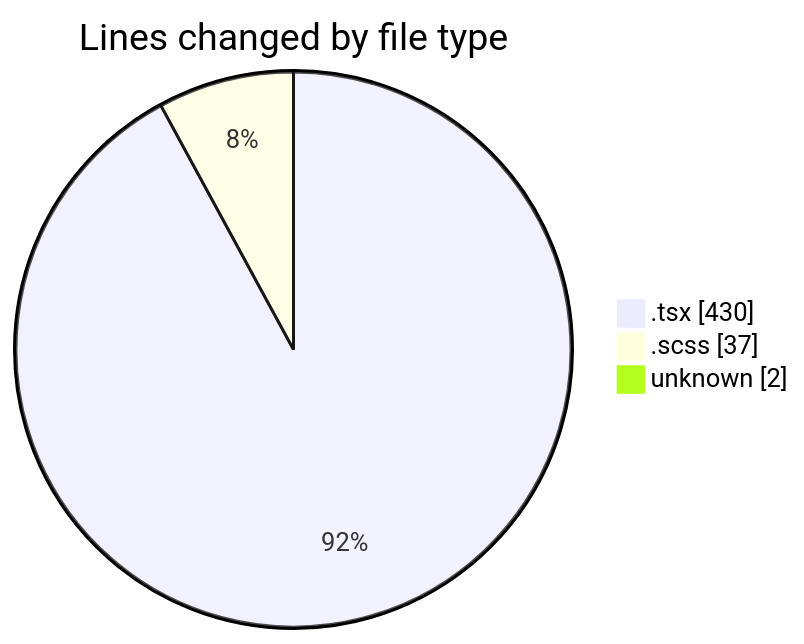
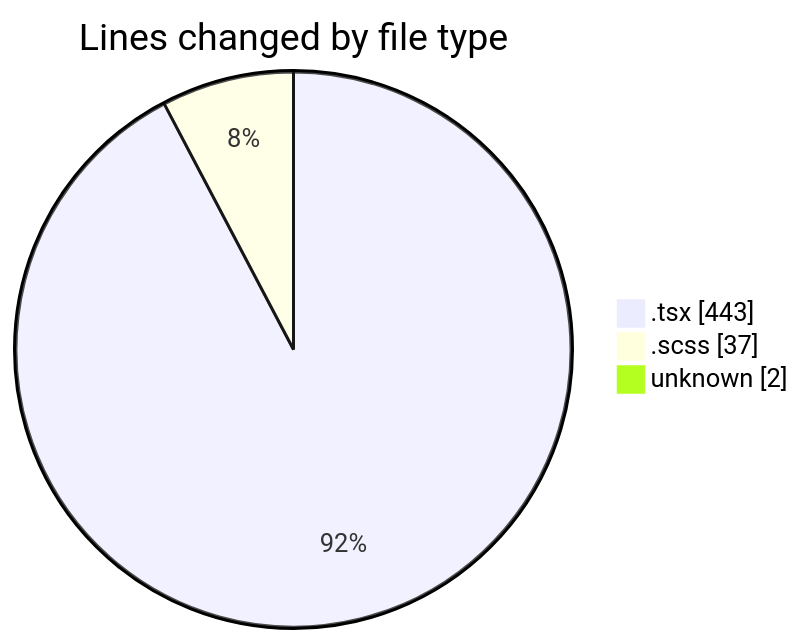
The first of 2 diagrams in 2025-02-13/cda/README.md (momahboobian/code-tracking), drawn with Mermaid before and after one commit. The commit also changed other lines of this file and 1 other file, not shown here.

````diff
--- a/2025-02-13/cda/README.md
+++ b/2025-02-13/cda/README.md
@@ -28,7 +28,7 @@
 ```mermaid
 pie showData
 title Lines changed by file type
-".tsx" : 430
+".tsx" : 443
 ".scss" : 37
 "unknown" : 2
 ```
````
